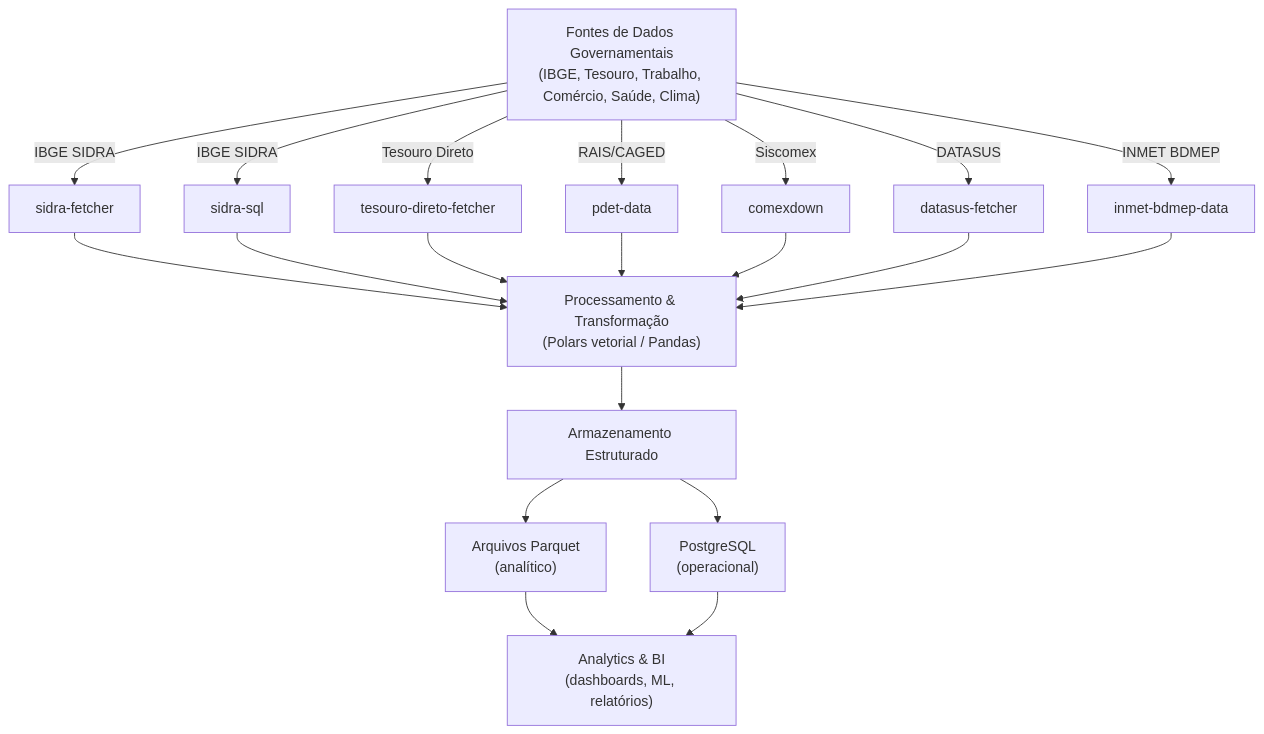
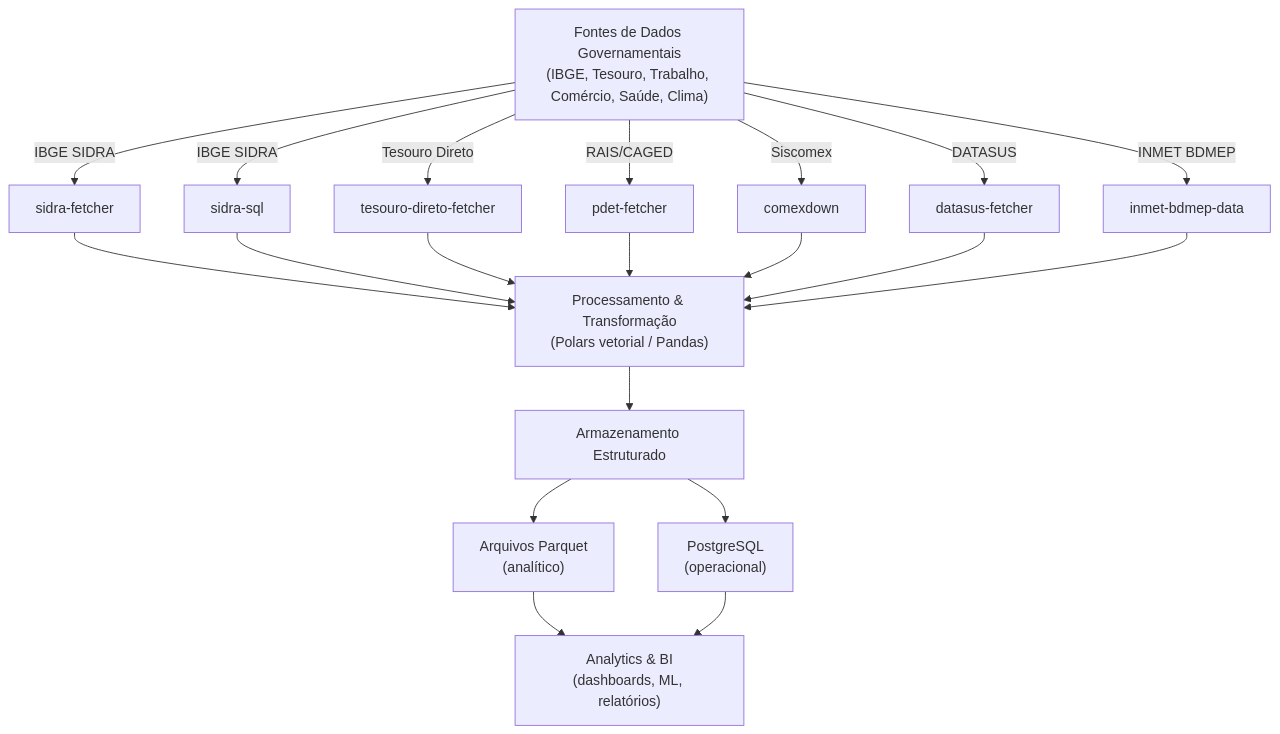
Before and after one commit to Quantilica/docs: the first of 6 diagrams in docs/concepts/arquitetura.md, drawn with Mermaid. The commit also changed other lines of this file and 9 other files, not shown here.

First line of the commit message:
docs: rename pdet-data → pdet-fetcher throughout

````diff
--- a/docs/concepts/arquitetura.md
+++ b/docs/concepts/arquitetura.md
@@ -7,27 +7,27 @@
 ```mermaid
 graph TD
     Sources["Fontes de Dados Governamentais<br/>(IBGE, Tesouro, Trabalho, Comércio, Saúde, Clima)"]
 
     Sources -->|IBGE SIDRA| SF["sidra-fetcher"]
     Sources -->|IBGE SIDRA| SQL["sidra-sql"]
     Sources -->|Tesouro Direto| TD["tesouro-direto-fetcher"]
-    Sources -->|RAIS/CAGED| PD["pdet-data"]
+    Sources -->|RAIS/CAGED| PD["pdet-fetcher"]
     Sources -->|Siscomex| CX["comexdown"]
     Sources -->|DATASUS| DS["datasus-fetcher"]
     Sources -->|INMET BDMEP| IN["inmet-bdmep-data"]
 
     SF --> Processing["Processamento & Transformação<br/>(Polars vetorial / Pandas)"]
     SQL --> Processing
     TD --> Processing
     PD --> Processing
     CX --> Processing
     DS --> Processing
     IN --> Processing
 
     Processing --> Storage["Armazenamento Estruturado"]
     Storage --> PQ["Arquivos Parquet<br/>(analítico)"]
     Storage --> PG["PostgreSQL<br/>(operacional)"]
 
     PQ --> Analytics["Analytics & BI<br/>(dashboards, ML, relatórios)"]
     PG --> Analytics
 ```
````
